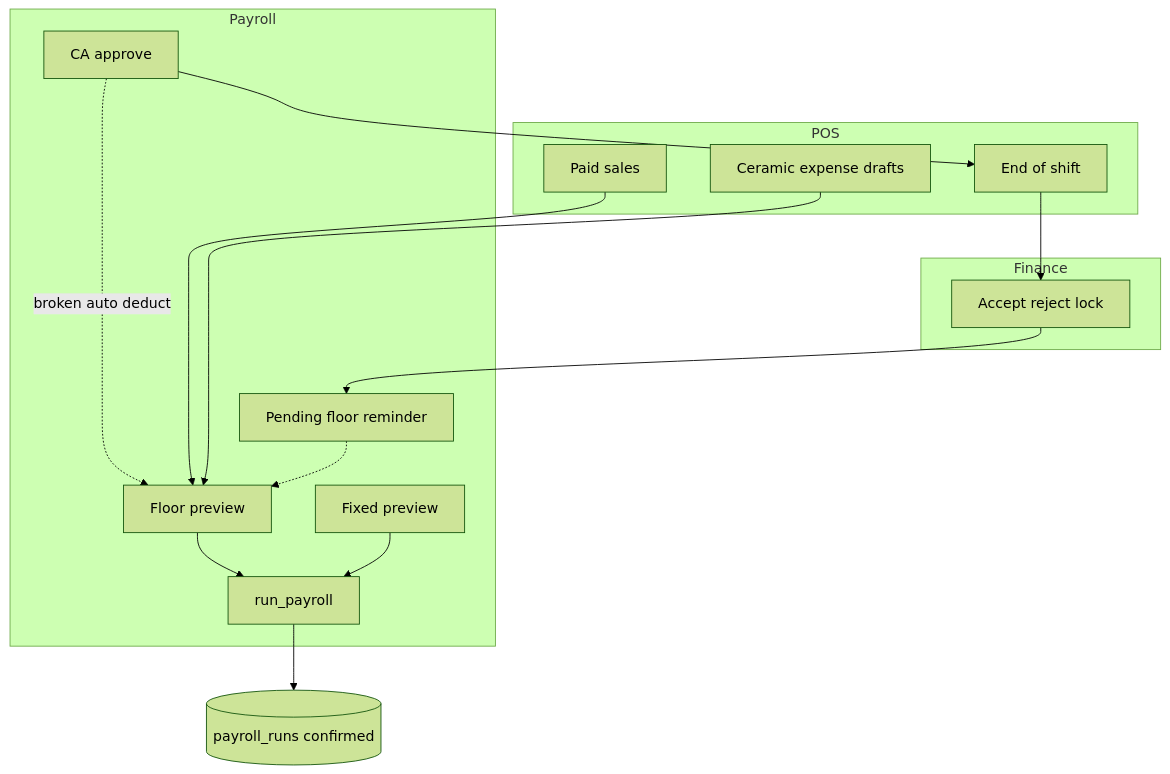
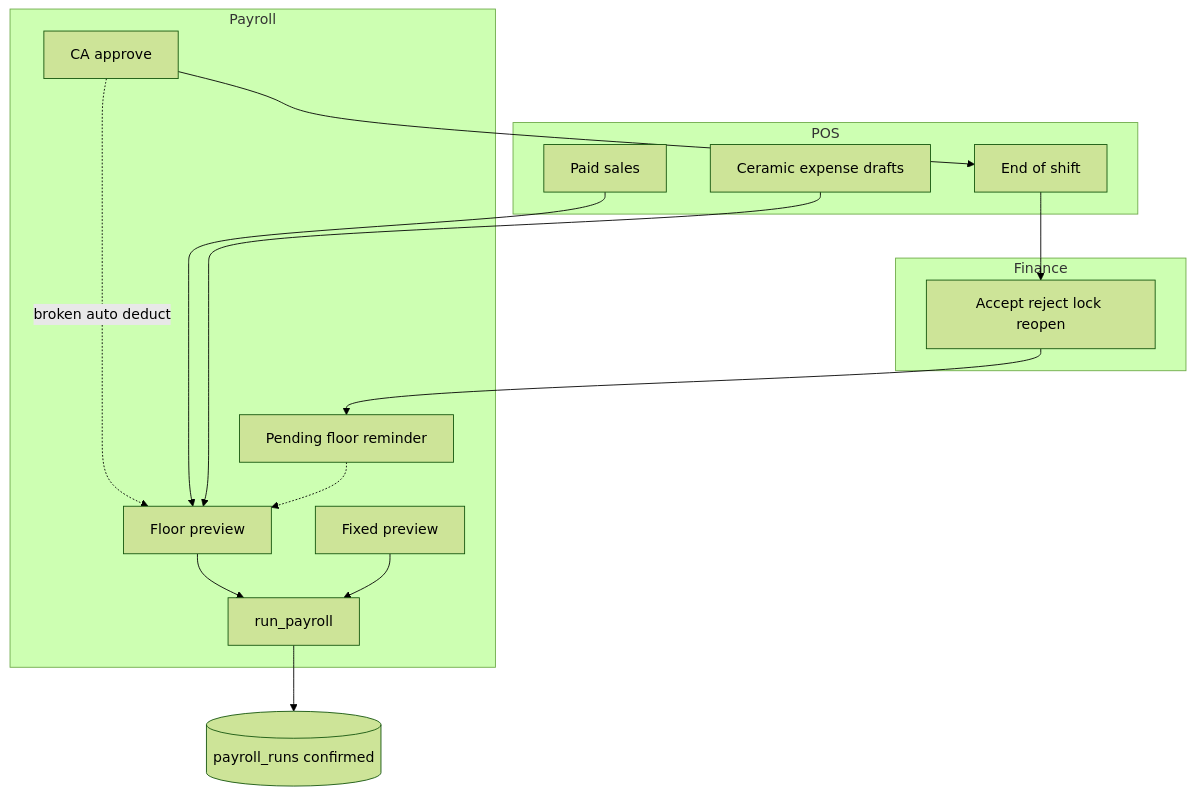
Before and after one commit to thekirx/AutoDetailingandCarwash: the first of 9 diagrams in docs/PAYROLL/10-FLOWCHARTS.md, drawn with Mermaid (forest theme). The commit also changed 26 other files, not shown here.

````diff
--- a/docs/PAYROLL/10-FLOWCHARTS.md
+++ b/docs/PAYROLL/10-FLOWCHARTS.md
@@ -13,28 +13,28 @@
 ```mermaid
 flowchart TB
   subgraph POS
     Sale[Paid sales]
     Cer[Ceramic expense drafts]
     EoS[End of shift]
   end
   subgraph Finance
-    Rev[Accept reject lock]
+    Rev[Accept reject lock reopen]
   end
   subgraph Payroll
     Pend[Pending floor reminder]
     Floor[Floor preview]
     Fixed[Fixed preview]
     CA[CA approve]
     RPC[run_payroll]
   end
   Sale --> Floor
   Cer --> Floor
   EoS --> Rev
   Rev --> Pend
   Pend -.-> Floor
   Floor --> RPC
   Fixed --> RPC
   CA --> EoS
   CA -.->|broken auto deduct| Floor
   RPC --> Posted[(payroll_runs confirmed)]
 ```
````
